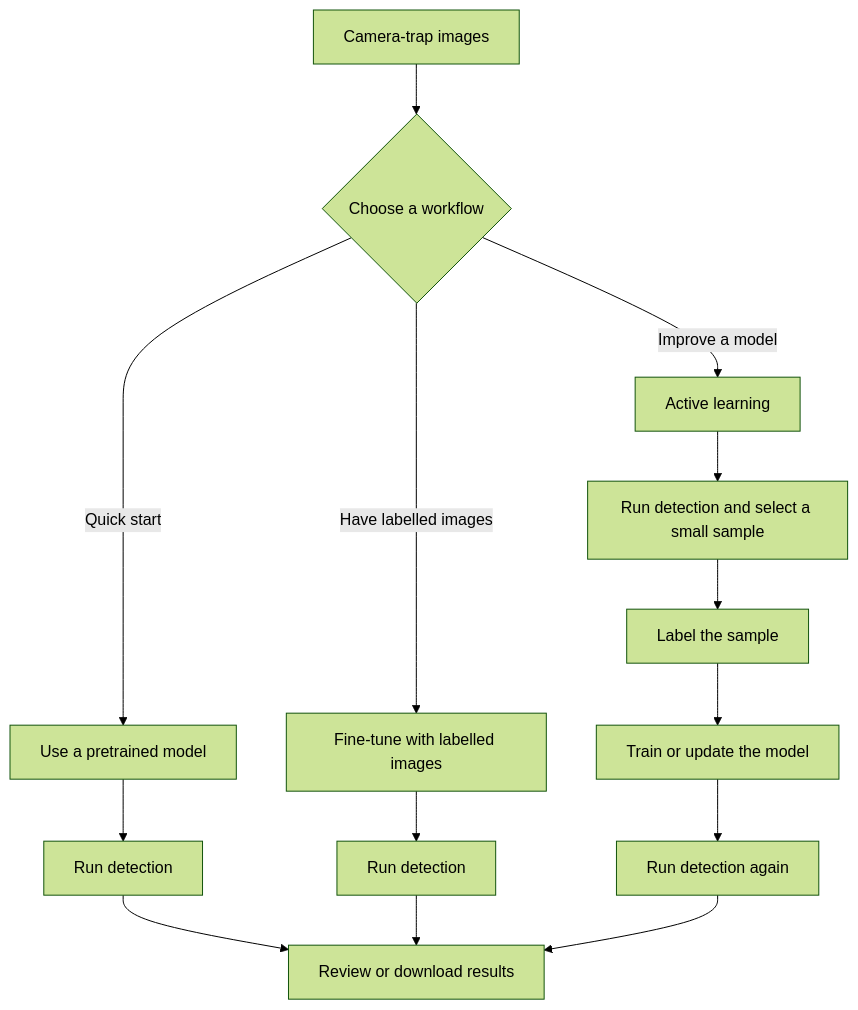
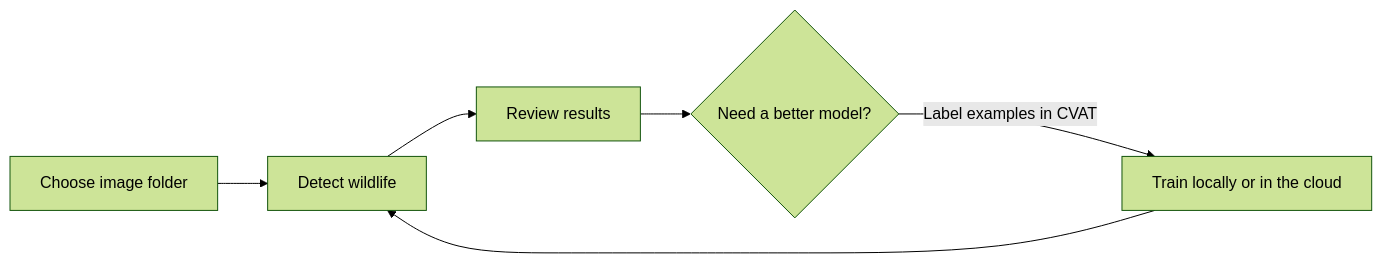
The diagram in README.md (joshsalako/amphilens), drawn with Mermaid (forest theme) before and after one commit. The commit also changed other lines of this file and 4 other files, not shown here.

````diff
--- a/README.md
+++ b/README.md
@@ -12,16 +11,8 @@
 ```mermaid
-flowchart TD
-    A[Camera-trap images] --> B{Choose a workflow}
-    B -->|Quick start| C[Use a pretrained model]
-    C --> D[Run detection]
-    D --> E[Review or download results]
-    B -->|Have labelled images| F[Fine-tune with labelled images]
-    F --> G[Run detection]
-    G --> E
-    B -->|Improve a model| H[Active learning]
-    H --> I[Run detection and select a small sample]
-    I --> J[Label the sample]
-    J --> K[Train or update the model]
-    K --> L[Run detection again]
-    L --> E
+flowchart LR
+    A[Choose image folder] --> B[Detect wildlife]
+    B --> C[Review results]
+    C --> D{Need a better model?}
+    D -->|Label examples in CVAT| E[Train locally or in the cloud]
+    E --> B
 ```
````
